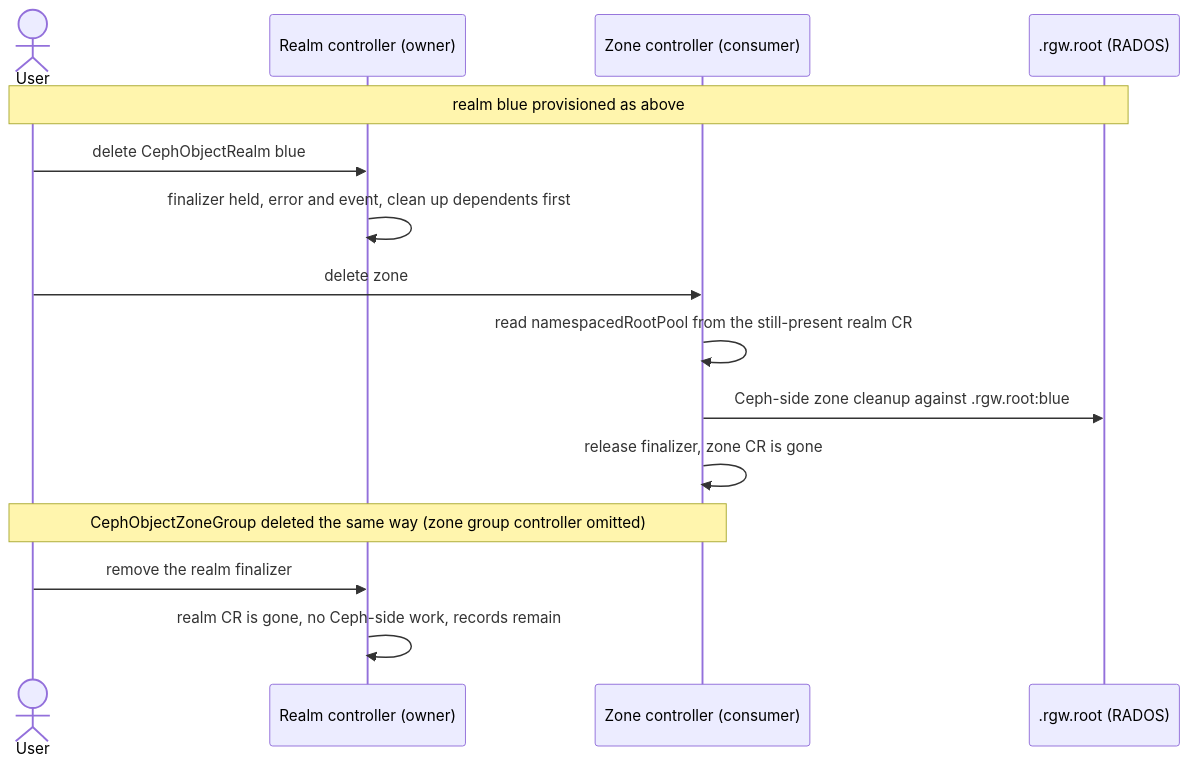
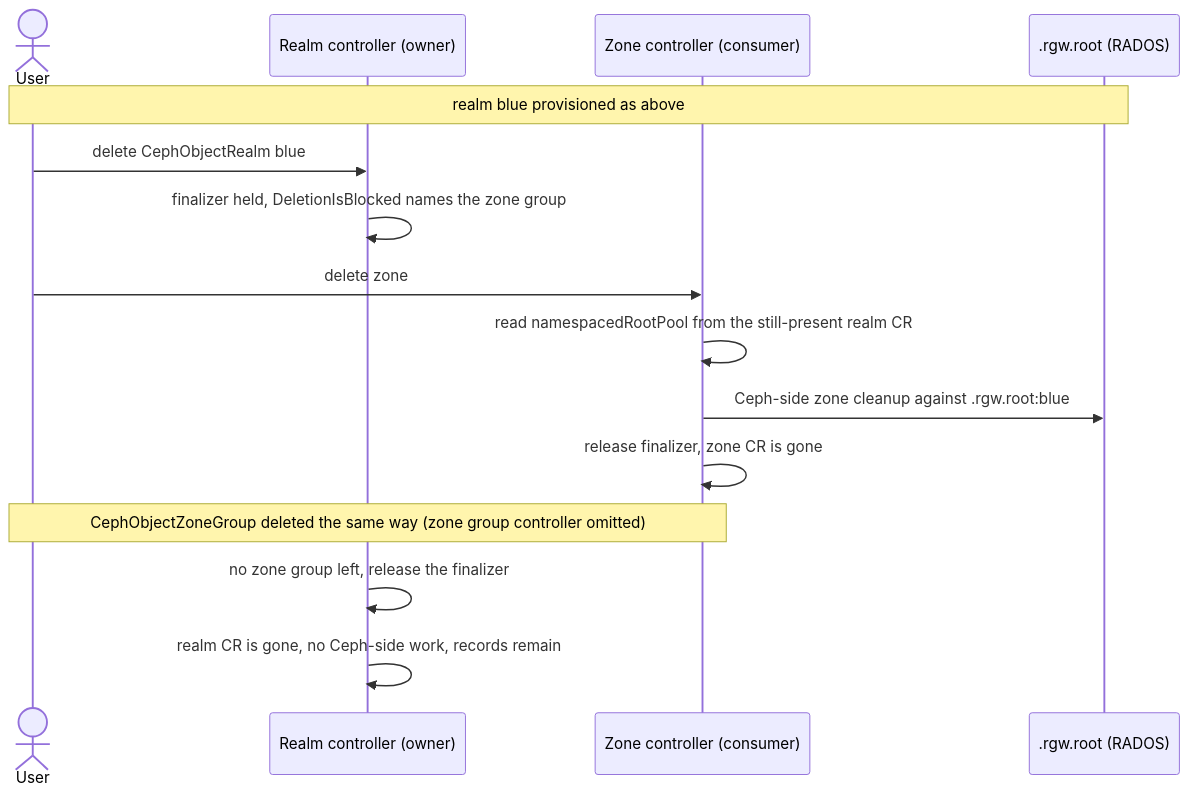
The second of 2 diagrams in design/ceph/object/namespaced-root-pool.md (rook/rook), drawn with Mermaid before and after one commit. The commit also changed other lines of this file, not shown here.

First line of the commit message:
docs: release the prerequisite finalizers once no dependents remain (review Q5)

````diff
--- a/design/ceph/object/namespaced-root-pool.md
+++ b/design/ceph/object/namespaced-root-pool.md
@@ -290,17 +293,17 @@
 ```mermaid
 sequenceDiagram
     actor User
     participant RealmC as Realm controller (owner)
     participant ZoneC as Zone controller (consumer)
     participant Ceph as .rgw.root (RADOS)
     Note over User,Ceph: realm blue provisioned as above
     User->>RealmC: delete CephObjectRealm blue
-    RealmC->>RealmC: finalizer held, error and event, clean up dependents first
+    RealmC->>RealmC: finalizer held, DeletionIsBlocked names the zone group
     User->>ZoneC: delete zone
     ZoneC->>ZoneC: read namespacedRootPool from the still-present realm CR
     ZoneC->>Ceph: Ceph-side zone cleanup against .rgw.root:blue
     ZoneC->>ZoneC: release finalizer, zone CR is gone
     Note over User,ZoneC: CephObjectZoneGroup deleted the same way (zone group controller omitted)
-    User->>RealmC: remove the realm finalizer
+    RealmC->>RealmC: no zone group left, release the finalizer
     RealmC->>RealmC: realm CR is gone, no Ceph-side work, records remain
 ```
````
